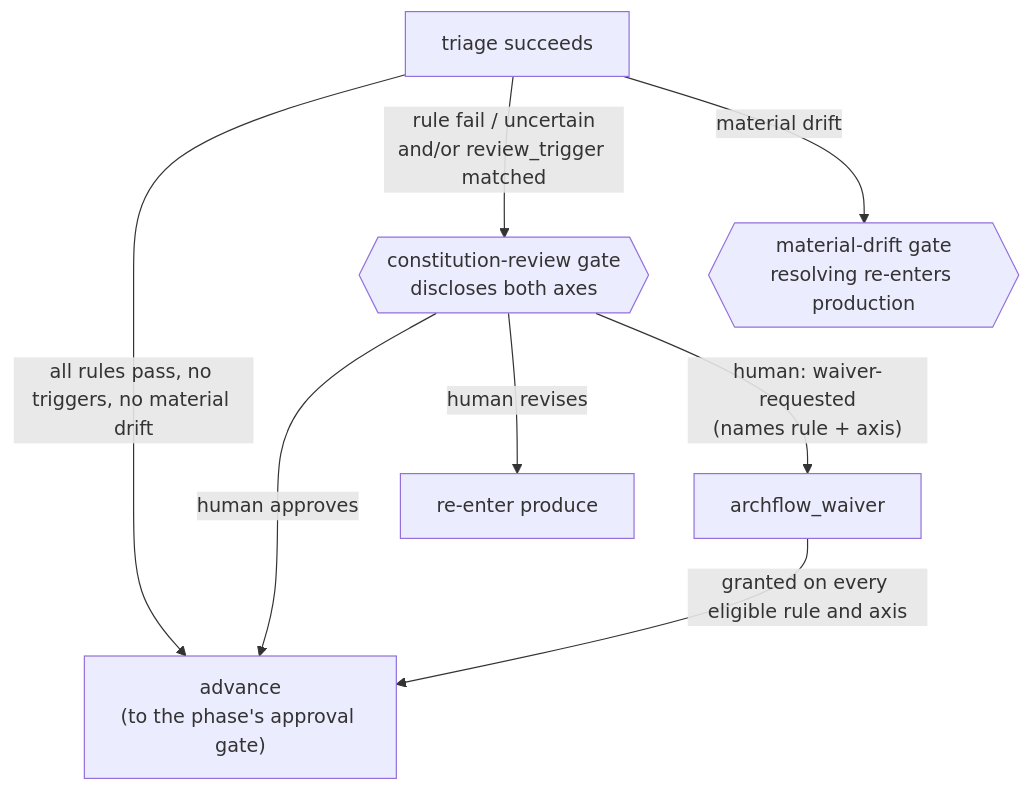
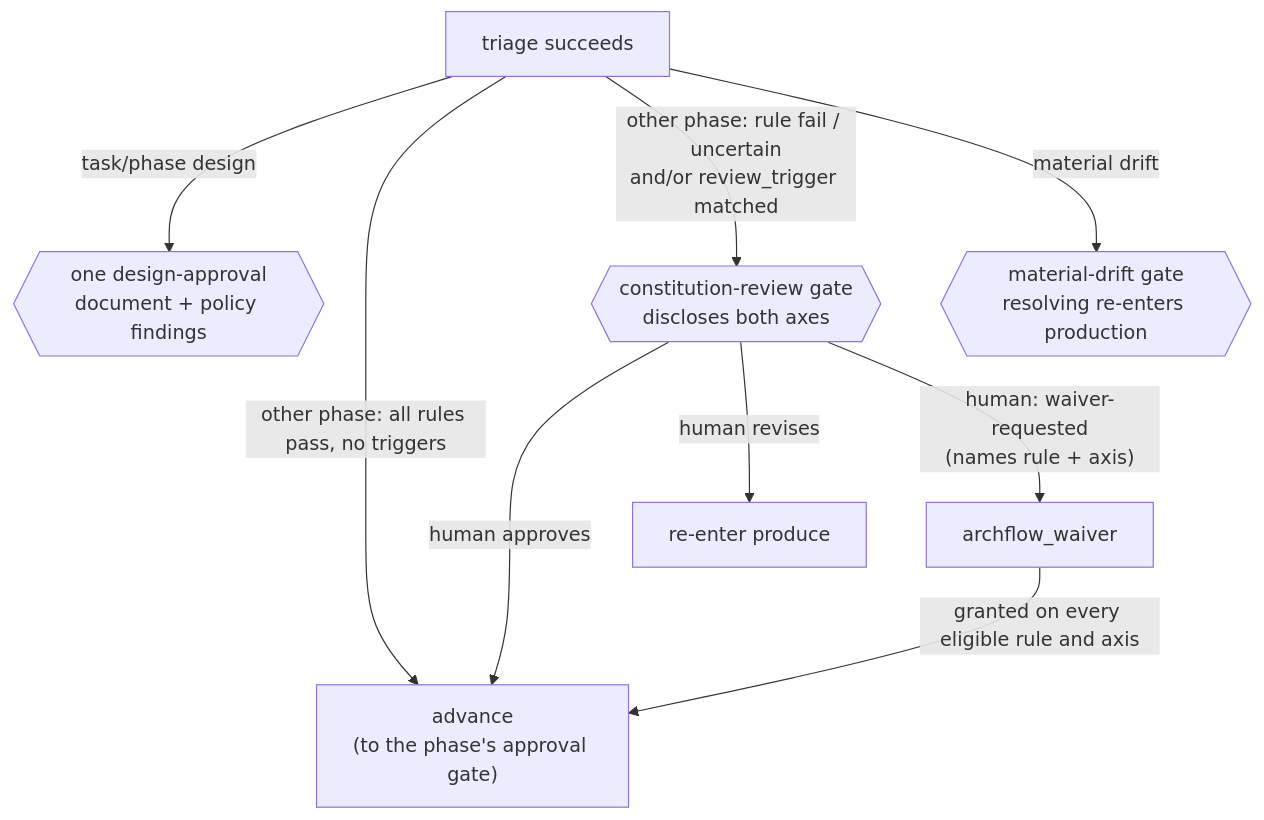
One commit to Aroton/ArchflowV2 changed the second of 2 diagrams in docs/review/COUNTER-REVIEW.md. Above: the diagram before and after it, drawn with Mermaid. The commit also changed other lines of this file and 57 other files, not shown here.

Commit message:
Combine design approval and artifact commit

````diff
--- a/docs/review/COUNTER-REVIEW.md
+++ b/docs/review/COUNTER-REVIEW.md
@@ -113,10 +113,11 @@
 ```mermaid
 flowchart TB
-    T[triage succeeds] -->|all rules pass, no triggers, no material drift| Adv["advance<br/>(to the phase's approval gate)"]
-    T -->|"rule fail / uncertain<br/>and/or review_trigger matched"| GF{{"constitution-review gate<br/>discloses both axes"}}
+    T[triage succeeds] -->|task/phase design| DA{{"one design-approval<br/>document + policy findings"}}
+    T -->|other phase: all rules pass, no triggers| Adv["advance<br/>(to the phase's approval gate)"]
+    T -->|"other phase: rule fail / uncertain<br/>and/or review_trigger matched"| GF{{"constitution-review gate<br/>discloses both axes"}}
     T -->|"material drift"| GD{{"material-drift gate<br/>resolving re-enters production"}}
     GF -->|human approves| Adv
     GF -->|human revises| P[re-enter produce]
     GF -->|"human: waiver-requested<br/>(names rule + axis)"| W["archflow_waiver"]
     W -->|granted on every eligible rule and axis| Adv
 ```
````
